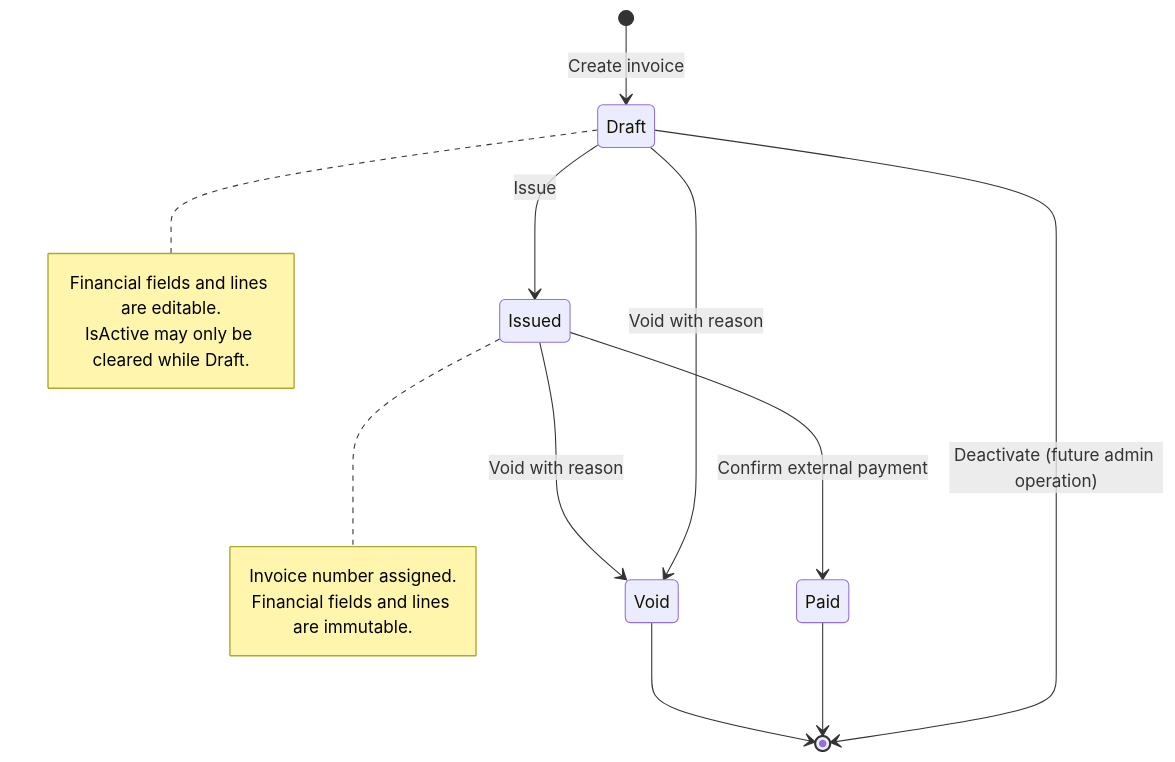
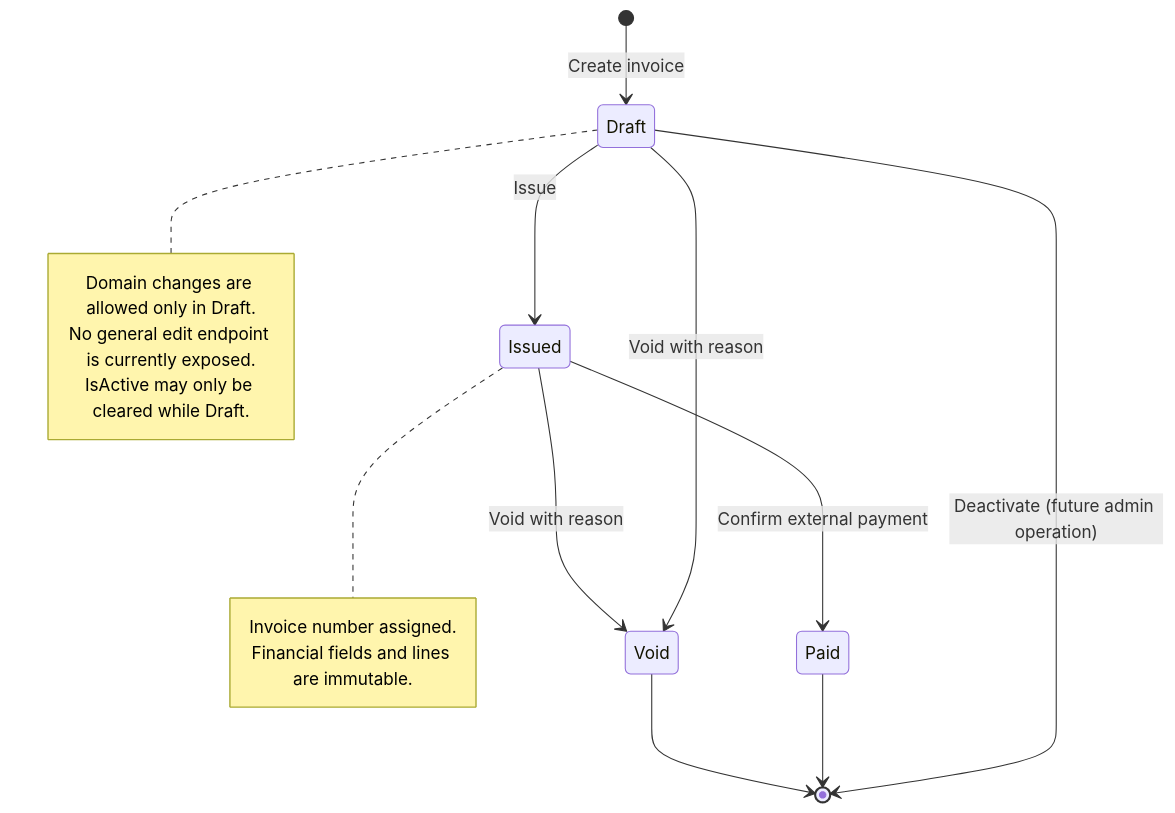
Before and after one commit to dhruvsheth37/invoice-management: the diagram in docs/diagrams/invoice-lifecycle.md, drawn with Mermaid. The commit also changed 39 other files, not shown here.

````diff
--- a/docs/diagrams/invoice-lifecycle.md
+++ b/docs/diagrams/invoice-lifecycle.md
@@ -3,21 +3,22 @@
 ```mermaid
 stateDiagram-v2
     [*] --> Draft: Create invoice
     Draft --> Issued: Issue
     Draft --> Void: Void with reason
     Draft --> [*]: Deactivate (future admin operation)
     Issued --> Paid: Confirm external payment
     Issued --> Void: Void with reason
     Paid --> [*]
     Void --> [*]
 
     note right of Draft
-      Financial fields and lines are editable.
+      Domain changes are allowed only in Draft.
+      No general edit endpoint is currently exposed.
       IsActive may only be cleared while Draft.
     end note
 
     note right of Issued
       Invoice number assigned.
       Financial fields and lines are immutable.
     end note
 ```
````
